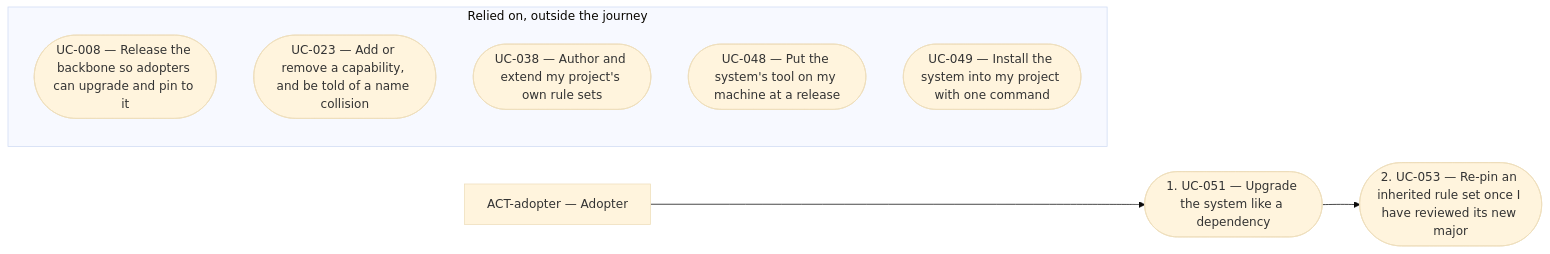
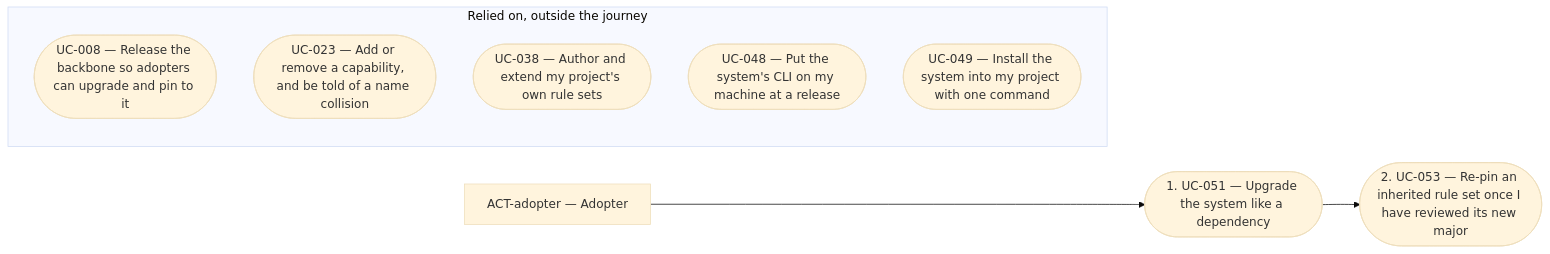
One commit to aleskalfas/project-kit changed the second of 3 diagrams in tech-docs/analysis/core/overview/README.md. Above: the diagram before and after it, drawn with Mermaid (base theme). The commit also changed other lines of this file and 91 other files, not shown here.

````diff
--- a/tech-docs/analysis/core/overview/README.md
+++ b/tech-docs/analysis/core/overview/README.md
@@ -200,17 +200,17 @@
 ```mermaid
 flowchart LR
   accTitle: JRN-002 — Upgrade the system
   accDescr: The flow of JRN-002: ACT-adopter takes 2 steps in order, UC-051, UC-053. It relies on 5 use cases outside the journey, drawn apart with no arrow.
   ACT_adopter["ACT-adopter — Adopter"]
   step_1(["1. UC-051 — Upgrade the system like a dependency"])
   step_2(["2. UC-053 — Re-pin an inherited rule set once I have reviewed its new major"])
   subgraph relies_on["Relied on, outside the journey"]
     UC_008(["UC-008 — Release the backbone so adopters can upgrade and pin to it"])
     UC_023(["UC-023 — Add or remove a capability, and be told of a name collision"])
     UC_038(["UC-038 — Author and extend my project's own rule sets"])
-    UC_048(["UC-048 — Put the system's tool on my machine at a release"])
+    UC_048(["UC-048 — Put the system's CLI on my machine at a release"])
     UC_049(["UC-049 — Install the system into my project with one command"])
   end
   ACT_adopter --> step_1
   step_1 --> step_2
 ```
````
